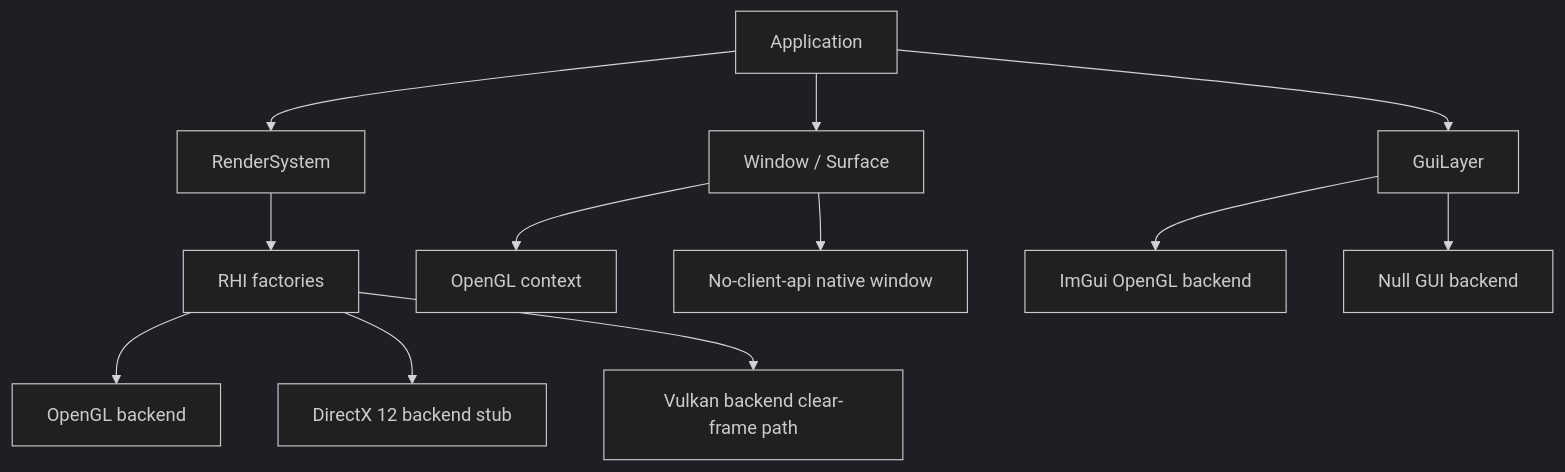
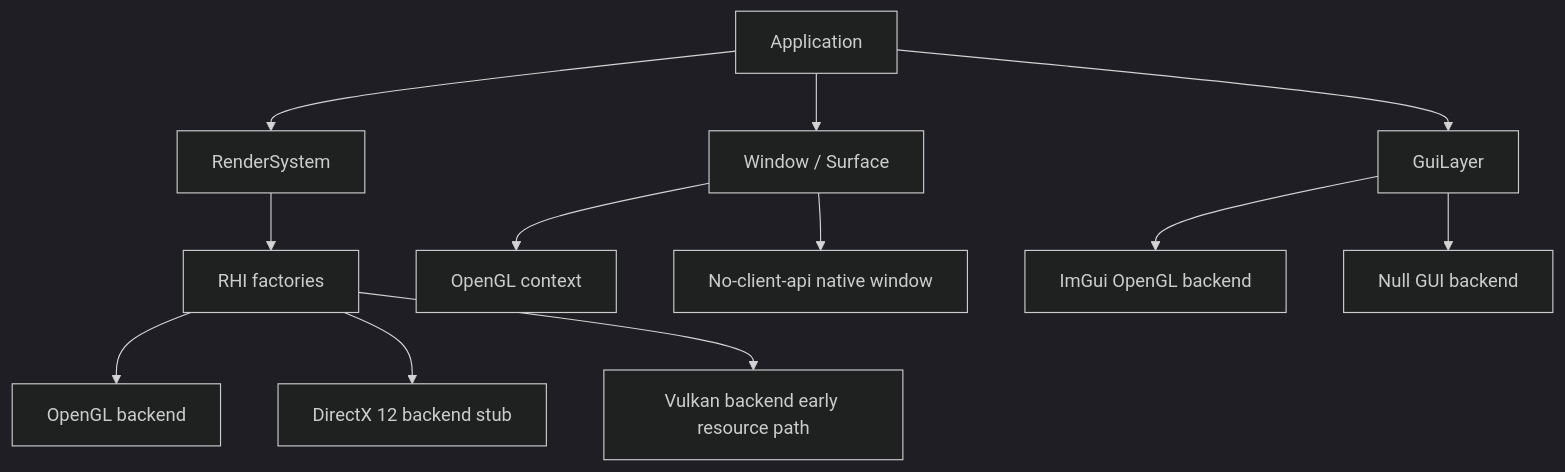
Before and after one commit to 1716285375/Zgine: the diagram in docs/rendering-backends.md, drawn with Mermaid (dark theme). The commit also changed other lines of this file and 61 other files, not shown here.

Commit message:
Document engine architecture and module specs

````diff
--- a/docs/rendering-backends.md
+++ b/docs/rendering-backends.md
@@ -46,17 +46,17 @@
 ```mermaid
 flowchart TD
     App["Application"] --> Window["Window / Surface"]
     App --> Gui["GuiLayer"]
     App --> RenderSystem["RenderSystem"]
 
     RenderSystem --> RHI["RHI factories"]
     RHI --> GL["OpenGL backend"]
     RHI --> DX12["DirectX 12 backend stub"]
-    RHI --> VK["Vulkan backend clear-frame path"]
+    RHI --> VK["Vulkan backend early resource path"]
 
     Window --> GLContext["OpenGL context"]
     Window --> NoAPI["No-client-api native window"]
 
     Gui --> ImGuiGL["ImGui OpenGL backend"]
     Gui --> NullGui["Null GUI backend"]
 ```
````
